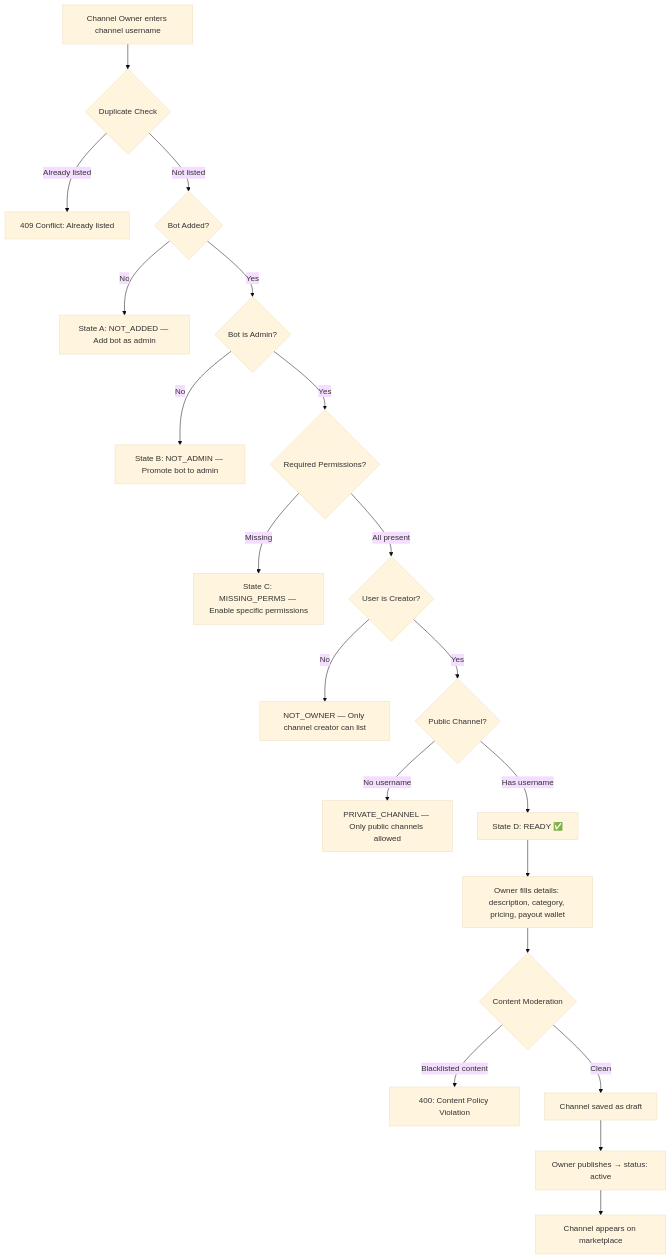
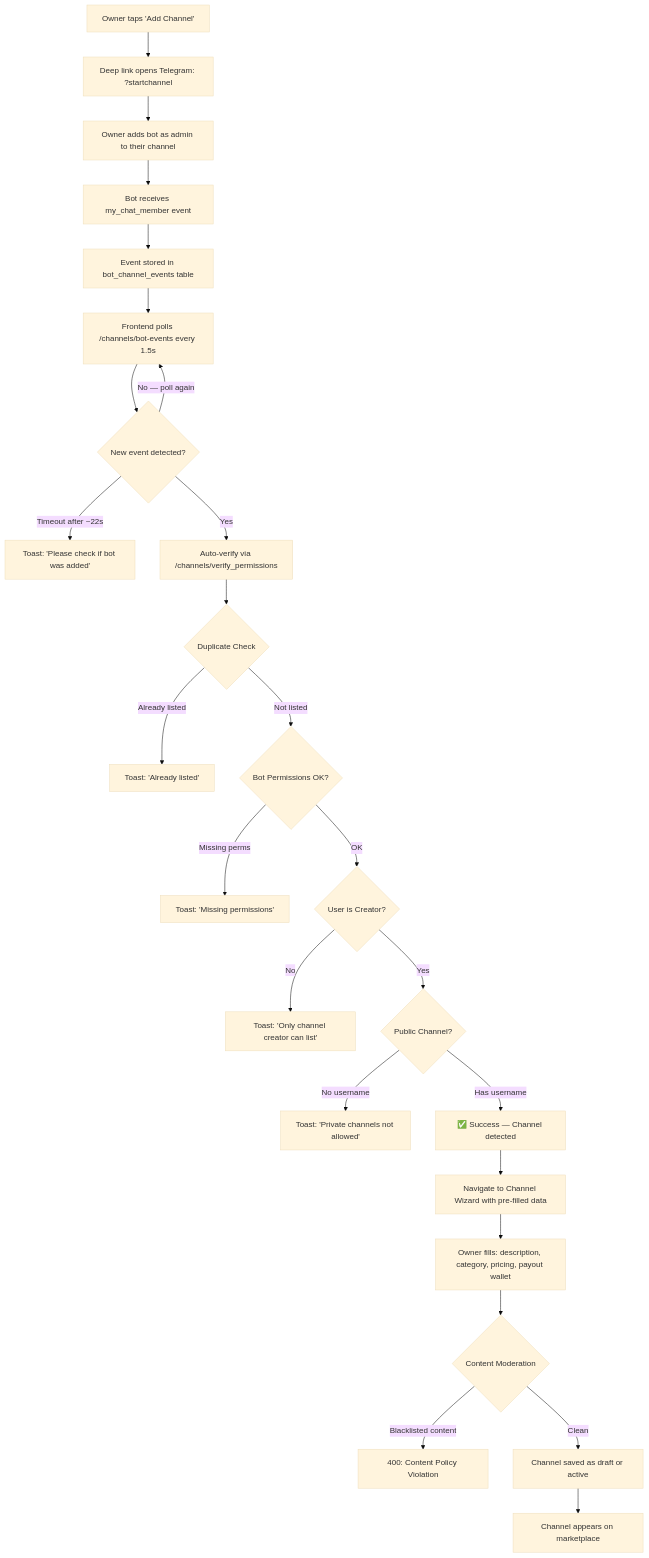
The second of 9 diagrams in README.md (Dannyjay-hub/telegram-ads-mvp), drawn with Mermaid (base theme) before and after one commit. The commit also changed other lines of this file, not shown here.

Commit message:
docs: rewrite channel listing flow diagram to match actual auto-detect implementation
- Old diagram showed manual username entry (legacy Step 0)
- New diagram shows Access-style auto-detect via my_chat_member events
- Added polling, deep link, and toast error handling to the flow
- Added 'Automatic Bot Detection' as key engineering decision #1

````diff
--- a/README.md
+++ b/README.md
@@ -111,22 +111,27 @@
 ```mermaid
 flowchart TD
-    A[Channel Owner enters channel username] --> B{Duplicate Check}
-    B -->|Already listed| CONFLICT[409 Conflict: Already listed]
-    B -->|Not listed| C{Bot Added?}
-    C -->|No| STATE_A["State A: NOT_ADDED — Add bot as admin"]
-    C -->|Yes| D{Bot is Admin?}
-    D -->|No| STATE_B["State B: NOT_ADMIN — Promote bot to admin"]
-    D -->|Yes| E{Required Permissions?}
-    E -->|Missing| STATE_C["State C: MISSING_PERMS — Enable specific permissions"]
-    E -->|All present| F{User is Creator?}
-    F -->|No| NOT_OWNER["NOT_OWNER — Only channel creator can list"]
-    F -->|Yes| G{Public Channel?}
-    G -->|No username| PRIVATE["PRIVATE_CHANNEL — Only public channels allowed"]
-    G -->|Has username| READY["State D: READY ✅"]
-    READY --> H[Owner fills details: description, category, pricing, payout wallet]
-    H --> I{Content Moderation}
-    I -->|Blacklisted content| BLOCKED[400: Content Policy Violation]
-    I -->|Clean| J[Channel saved as draft]
-    J --> K[Owner publishes → status: active]
-    K --> LISTED[Channel appears on marketplace]
+    A["Owner taps 'Add Channel'"] --> B["Deep link opens Telegram: ?startchannel"]
+    B --> C[Owner adds bot as admin to their channel]
+    C --> D["Bot receives my_chat_member event"]
+    D --> E["Event stored in bot_channel_events table"]
+    E --> F["Frontend polls /channels/bot-events every 1.5s"]
+    F --> G{New event detected?}
+    G -->|No — poll again| F
+    G -->|Timeout after ~22s| TIMEOUT["Toast: 'Please check if bot was added'"]
+    G -->|Yes| H["Auto-verify via /channels/verify_permissions"]
+    H --> I{Duplicate Check}
+    I -->|Already listed| CONFLICT["Toast: 'Already listed'"]
+    I -->|Not listed| J{Bot Permissions OK?}
+    J -->|Missing perms| MISSING["Toast: 'Missing permissions'"]
+    J -->|OK| K{User is Creator?}
+    K -->|No| NOT_OWNER["Toast: 'Only channel creator can list'"]
+    K -->|Yes| L{Public Channel?}
+    L -->|No username| PRIVATE["Toast: 'Private channels not allowed'"]
+    L -->|Has username| READY["✅ Success — Channel detected"]
+    READY --> M["Navigate to Channel Wizard with pre-filled data"]
+    M --> N[Owner fills: description, category, pricing, payout wallet]
+    N --> O{Content Moderation}
+    O -->|Blacklisted content| BLOCKED["400: Content Policy Violation"]
+    O -->|Clean| P[Channel saved as draft or active]
+    P --> LISTED[Channel appears on marketplace]
 ```
````
